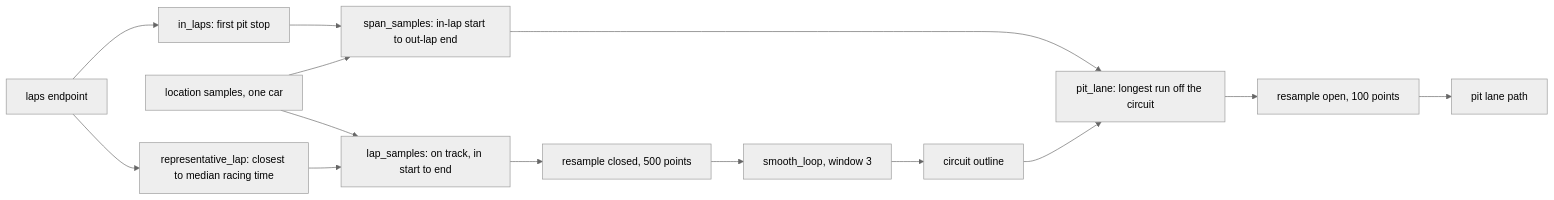
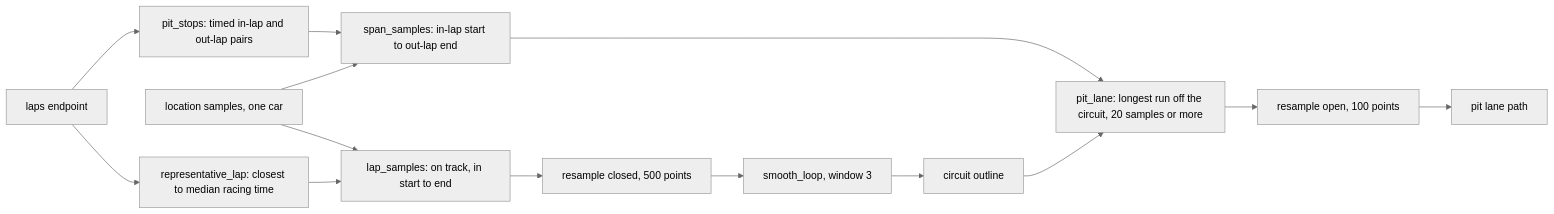
The first of 7 diagrams in docs/design/track.md (Ekanth-Sai/pitwall), drawn with Mermaid (neutral theme) before and after one commit. The commit also changed other lines of this file and 9 other files, not shown here.

````diff
--- a/docs/design/track.md
+++ b/docs/design/track.md
@@ -8,16 +8,16 @@
 ```mermaid
 flowchart LR
     A["laps endpoint"] --> B["representative_lap: closest to median racing time"]
     C["location samples, one car"] --> D["lap_samples: on track, in start to end"]
     B --> D
     D --> E["resample closed, 500 points"]
     E --> F["smooth_loop, window 3"]
     F --> G["circuit outline"]
-    A --> H["in_laps: first pit stop"]
+    A --> H["pit_stops: timed in-lap and out-lap pairs"]
     H --> I["span_samples: in-lap start to out-lap end"]
     C --> I
-    I --> J["pit_lane: longest run off the circuit"]
+    I --> J["pit_lane: longest run off the circuit, 20 samples or more"]
     G --> J
     J --> K["resample open, 100 points"]
     K --> L["pit lane path"]
 ```
````
